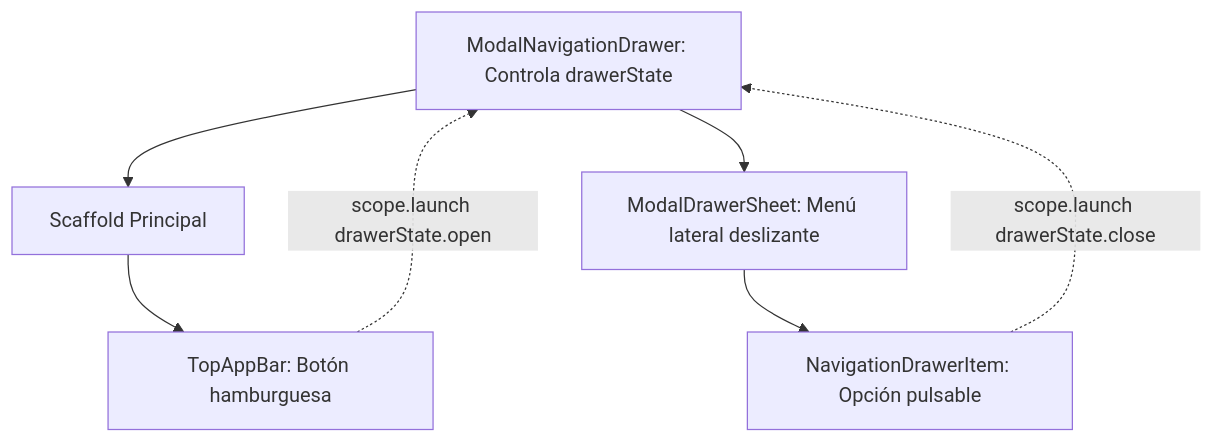
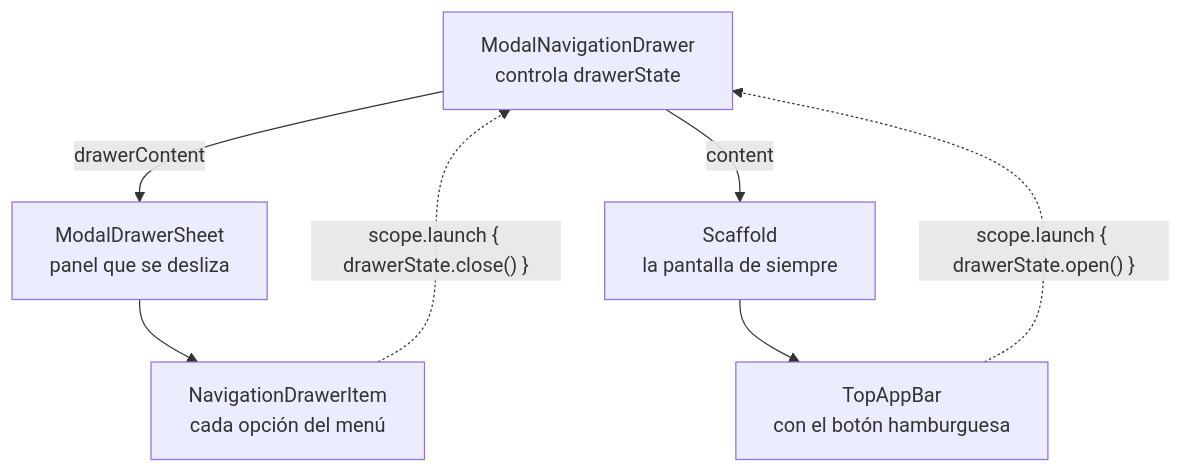
Before and after one commit to jssdocente/pmdm2627d: the sixth of 6 diagrams in docs/temas/03/a-diseno/3a.1-material-design-3-scaffold.md, drawn with Mermaid. The commit also changed 17 other files, not shown here.

````diff
--- a/docs/temas/03/a-diseno/3a.1-material-design-3-scaffold.md
+++ b/docs/temas/03/a-diseno/3a.1-material-design-3-scaffold.md
@@ -731,11 +731,11 @@
 ```mermaid
 graph TD
-    D[ModalNavigationDrawer: Controla drawerState]
-    D --> S[Scaffold Principal]
-    D --> SH[ModalDrawerSheet: Menú lateral deslizante]
+    D["ModalNavigationDrawer<br>controla drawerState"]
+    D -->|"drawerContent"| SH["ModalDrawerSheet<br>panel que se desliza"]
+    D -->|"content"| S["Scaffold<br>la pantalla de siempre"]
 
-    S --> T[TopAppBar: Botón hamburguesa]
-    T -.->|scope.launch drawerState.open| D
-    SH --> IT[NavigationDrawerItem: Opción pulsable]
-    IT -.->|scope.launch drawerState.close| D
+    SH --> IT["NavigationDrawerItem<br>cada opción del menú"]
+    S --> T["TopAppBar<br>con el botón hamburguesa"]
+    T -.->|"scope.launch { drawerState.open() }"| D
+    IT -.->|"scope.launch { drawerState.close() }"| D
 ```
````
